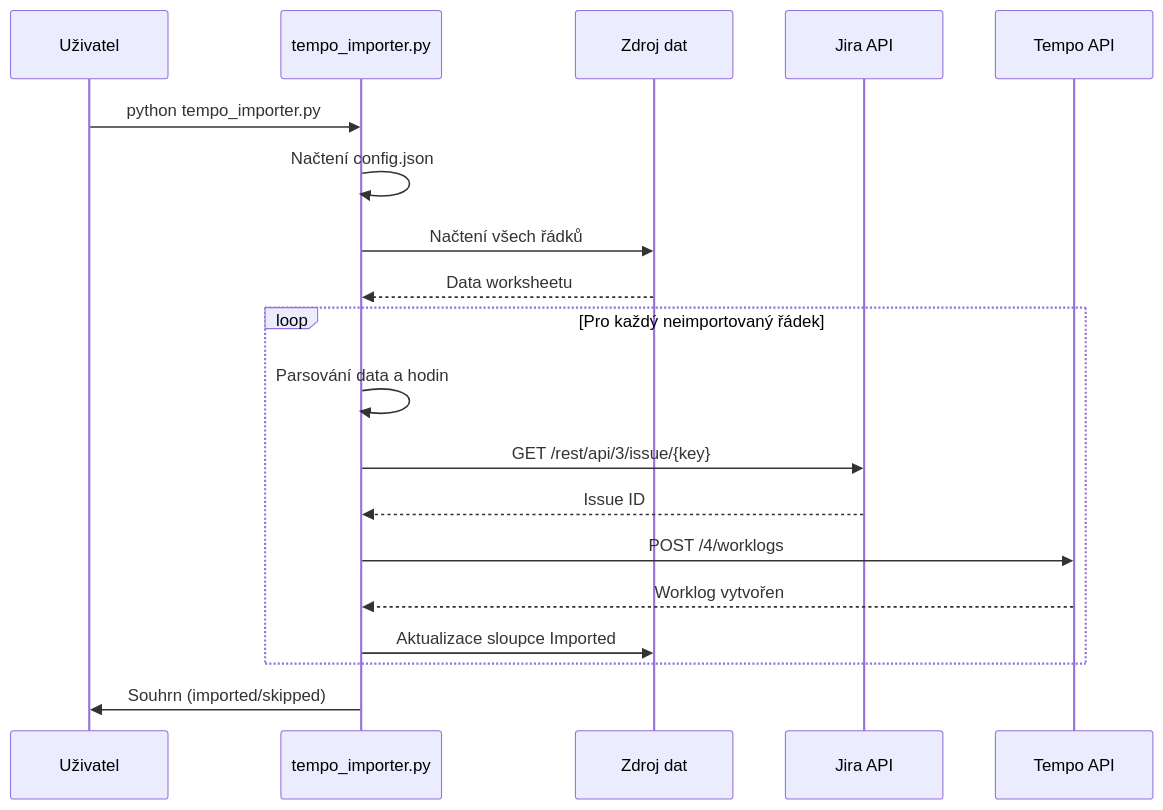
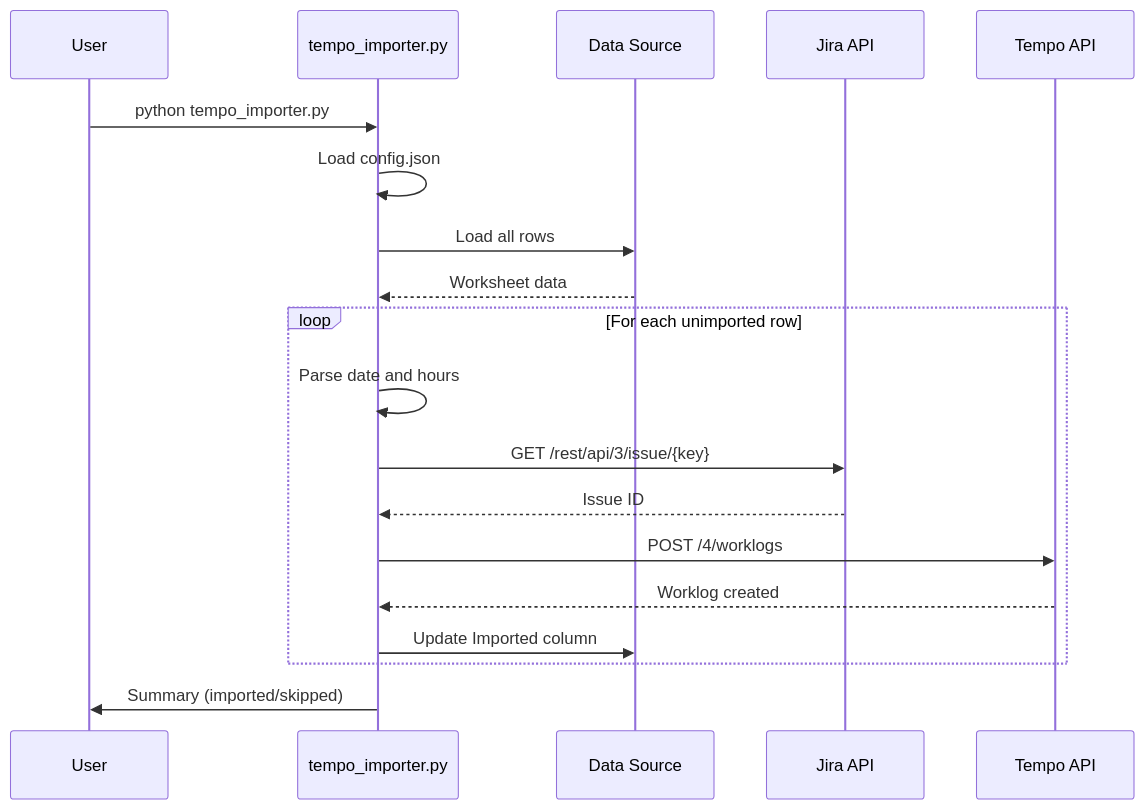
Before and after one commit to martinbures97/jira-tempo-importer: the second of 2 diagrams in README.md, drawn with Mermaid. The commit also changed other lines of this file and 1 other file, not shown here.

First line of the commit message:
Use first worksheet consistently, translate docs to English

````diff
--- a/README.md
+++ b/README.md
@@ -50,24 +50,24 @@
 ```mermaid
 sequenceDiagram
-    participant U as Uživatel
+    participant U as User
     participant S as tempo_importer.py
-    participant D as Zdroj dat
+    participant D as Data Source
     participant J as Jira API
     participant T as Tempo API
 
     U->>S: python tempo_importer.py
-    S->>S: Načtení config.json
-    S->>D: Načtení všech řádků
-    D-->>S: Data worksheetu
+    S->>S: Load config.json
+    S->>D: Load all rows
+    D-->>S: Worksheet data
 
-    loop Pro každý neimportovaný řádek
-        S->>S: Parsování data a hodin
+    loop For each unimported row
+        S->>S: Parse date and hours
         S->>J: GET /rest/api/3/issue/{key}
         J-->>S: Issue ID
         S->>T: POST /4/worklogs
-        T-->>S: Worklog vytvořen
-        S->>D: Aktualizace sloupce Imported
+        T-->>S: Worklog created
+        S->>D: Update Imported column
     end
 
-    S->>U: Souhrn (imported/skipped)
+    S->>U: Summary (imported/skipped)
 ```
````
